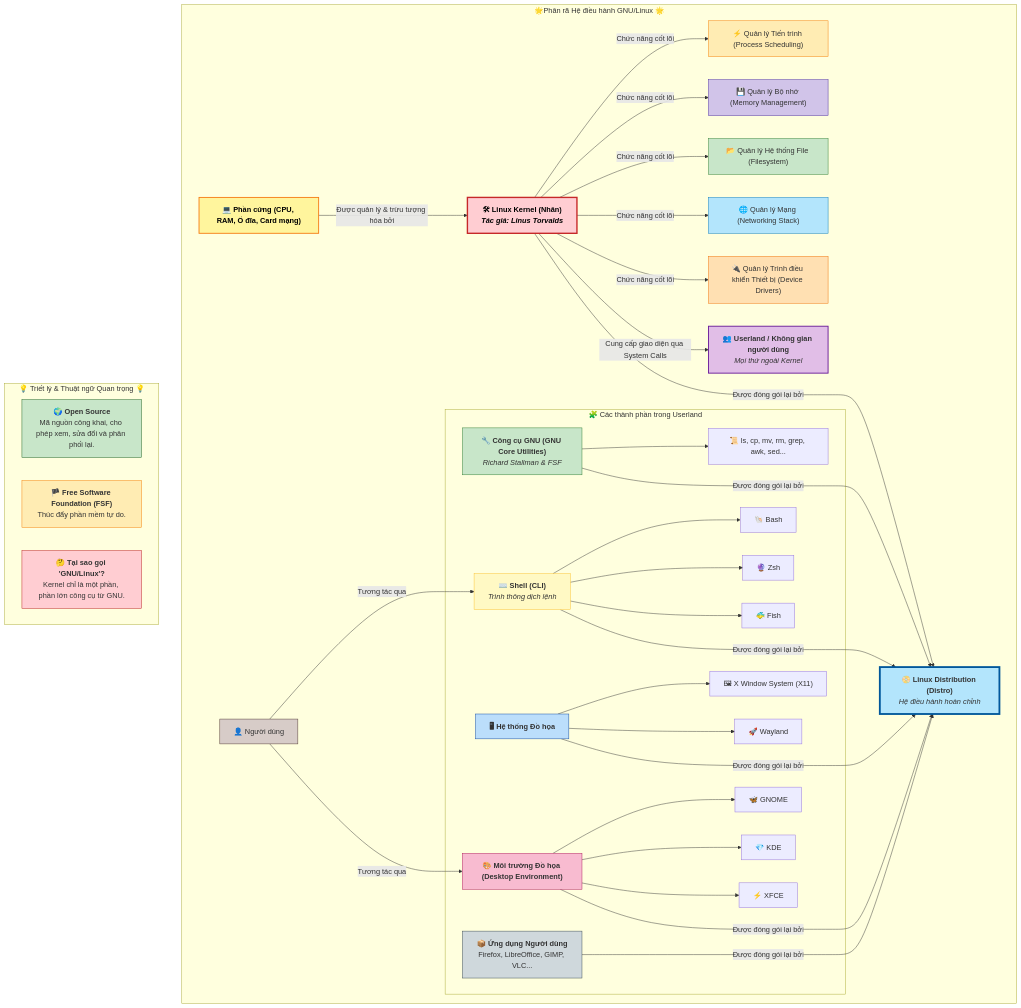
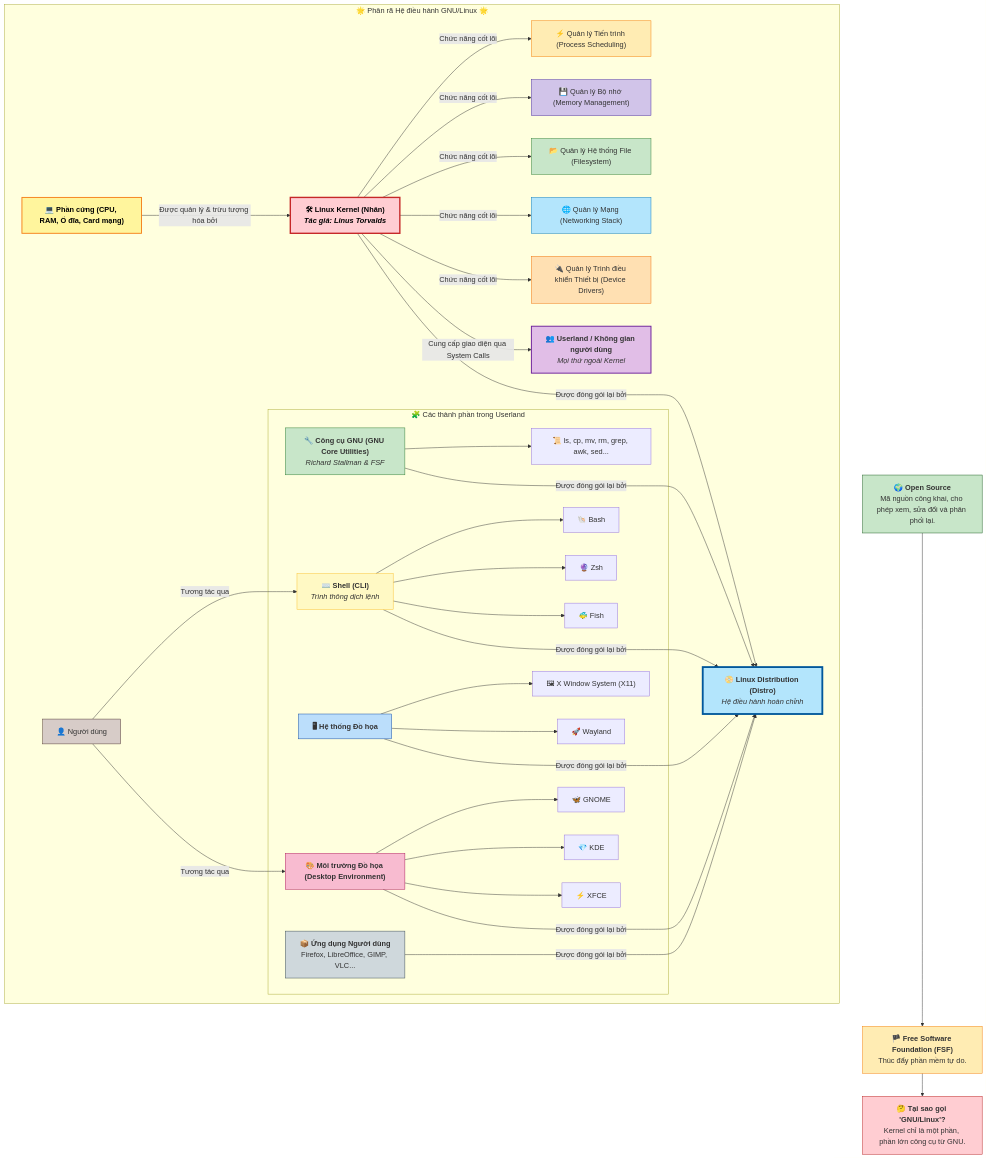
Before and after one commit to ngockhanhvd2812/DBA: the first of 16 diagrams in linux.md, drawn with Mermaid. The commit also changed other lines of this file, not shown here.

````diff
--- a/linux.md
+++ b/linux.md
@@ -432,12 +496,11 @@
 ```mermaid
 graph TD
-    subgraph "🌟Phân rã Hệ điều hành GNU/Linux 🌟"
+    %% Main GNU/Linux OS decomposition
+    subgraph "🌟 Phân rã Hệ điều hành GNU/Linux 🌟"
 
-        %% Hardware Layer
         HW["💻 Phần cứng (CPU, RAM, Ổ đĩa, Card mạng)"]
         style HW fill:#fff59d,stroke:#f57f17,stroke-width:2px,color:#000,font-weight:bold
 
-        %% Core: The Kernel
         KERNEL["<b>🛠 Linux Kernel (Nhân)</b><br/><i>Tác giả: Linus Torvalds</i>"]
         style KERNEL fill:#ffcdd2,stroke:#c62828,stroke-width:3px,color:#000,font-weight:bold
         
@@ -458,7 +521,6 @@
         KERNEL -- "Chức năng cốt lõi" --> KDD["🔌 Quản lý Trình điều khiển Thiết bị (Device Drivers)"]
         style KDD fill:#ffe0b2,stroke:#ef6c00
 
-        %% The Userland
         USERLAND["<b>👥 Userland / Không gian người dùng</b><br/><i>Mọi thứ ngoài Kernel</i>"]
         style USERLAND fill:#e1bee7,stroke:#6a1b9a,stroke-width:2px
         KERNEL -- "Cung cấp giao diện qua System Calls" --> USERLAND
@@ -489,7 +551,6 @@
             style APPS fill:#cfd8dc,stroke:#37474f
         end
 
-        %% The Final Product: Distribution
         DISTRO["<b>📀 Linux Distribution (Distro)</b><br/><i>Hệ điều hành hoàn chỉnh</i>"]
         style DISTRO fill:#b3e5fc,stroke:#01579b,stroke-width:4px
         
@@ -502,14 +563,16 @@
         
     end
 
-    subgraph "💡 Triết lý & Thuật ngữ Quan trọng 💡"
-        OS["<b>🌍 Open Source</b><br/>Mã nguồn công khai, cho phép xem, sửa đổi và phân phối lại."]
-        style OS fill:#c8e6c9,stroke:#1b5e20
+    %% Philosophy section (outside main subgraph)
+    OS["<b>🌍 Open Source</b><br/>Mã nguồn công khai, cho phép xem, sửa đổi và phân phối lại."]
+    style OS fill:#c8e6c9,stroke:#1b5e20
 
-        FSF["<b>🏴 Free Software Foundation (FSF)</b><br/>Thúc đẩy phần mềm tự do."]
-        style FSF fill:#ffecb3,stroke:#f57c00
+    FSF["<b>🏴 Free Software Foundation (FSF)</b><br/>Thúc đẩy phần mềm tự do."]
+    style FSF fill:#ffecb3,stroke:#f57c00
 
-        GNU_Linux["<b>🤔 Tại sao gọi 'GNU/Linux'?</b><br/>Kernel chỉ là một phần, phần lớn công cụ từ GNU."]
-        style GNU_Linux fill:#ffcdd2,stroke:#b71c1c
-    end
+    GNU_Linux["<b>🤔 Tại sao gọi 'GNU/Linux'?</b><br/>Kernel chỉ là một phần, phần lớn công cụ từ GNU."]
+    style GNU_Linux fill:#ffcdd2,stroke:#b71c1c
+
+    OS --> FSF --> GNU_Linux
+
 ```
````
